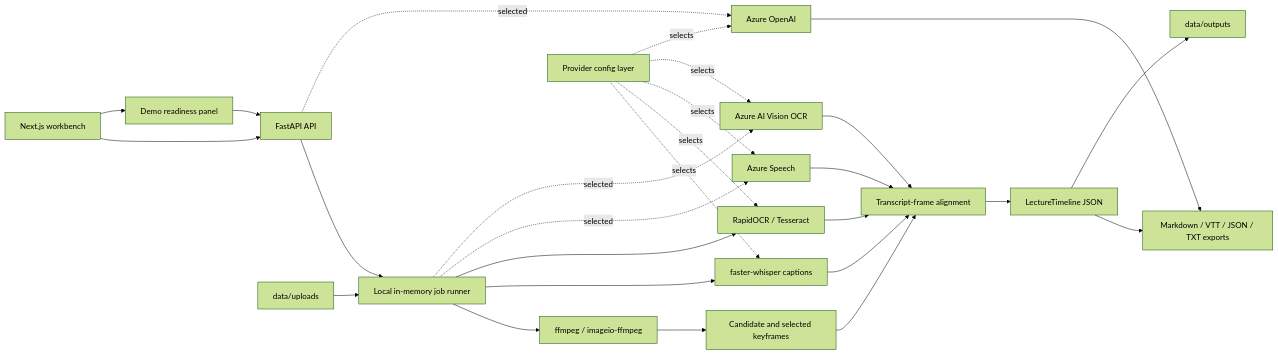
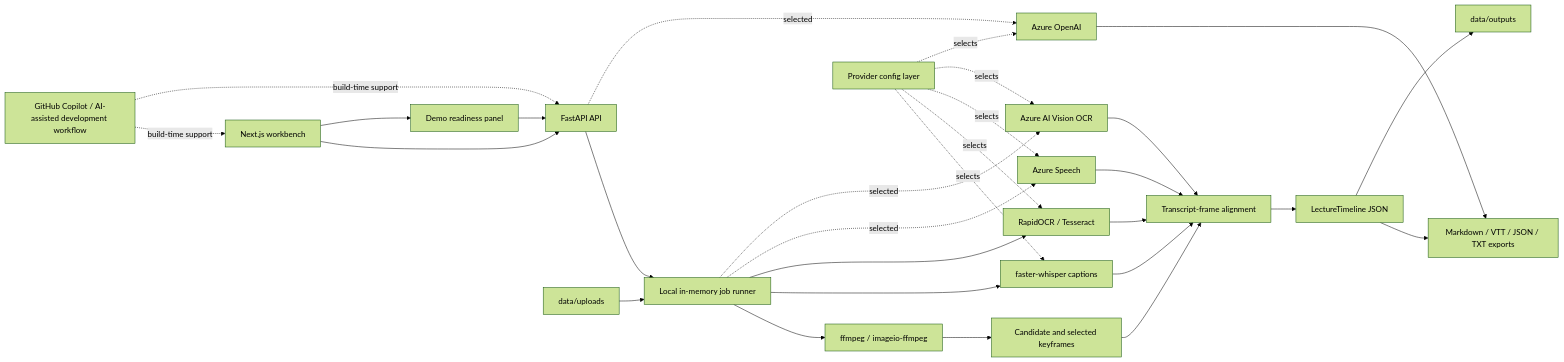
The diagram in docs/ARCHITECTURE.md (V3sr/AccessiNote), drawn with Mermaid (forest theme) before and after one commit. The commit also changed other lines of this file and 3 other files, not shown here.

````diff
--- a/docs/ARCHITECTURE.md
+++ b/docs/ARCHITECTURE.md
@@ -49,29 +54,31 @@
 ```mermaid
 flowchart LR
+  DEV[GitHub Copilot / AI-assisted development workflow] -. build-time support .-> UI
+  DEV -. build-time support .-> API
   UI[Next.js workbench] --> API[FastAPI API]
   UI --> STATUS[Demo readiness panel]
   STATUS --> API
   API --> JOB[Local in-memory job runner]
   JOB --> FFMPEG[ffmpeg / imageio-ffmpeg]
   JOB --> WHISPER[faster-whisper captions]
   JOB --> OCR[RapidOCR / Tesseract]
   JOB -. selected .-> SPEECH[Azure Speech]
   JOB -. selected .-> VISION[Azure AI Vision OCR]
   API -. selected .-> AOAI[Azure OpenAI]
   FFMPEG --> FRAMES[Candidate and selected keyframes]
   WHISPER --> ALIGN[Transcript-frame alignment]
   SPEECH --> ALIGN
   OCR --> ALIGN
   VISION --> ALIGN
   FRAMES --> ALIGN
   ALIGN --> TIMELINE[LectureTimeline JSON]
   TIMELINE --> OUTPUTS[Markdown / VTT / JSON / TXT exports]
   AOAI --> OUTPUTS
   TIMELINE --> STORE[data/outputs]
   UPLOADS[data/uploads] --> JOB
   PROVIDERS[Provider config layer] -. selects .-> WHISPER
   PROVIDERS -. selects .-> OCR
   PROVIDERS -. selects .-> SPEECH
   PROVIDERS -. selects .-> VISION
   PROVIDERS -. selects .-> AOAI
 ```
````
